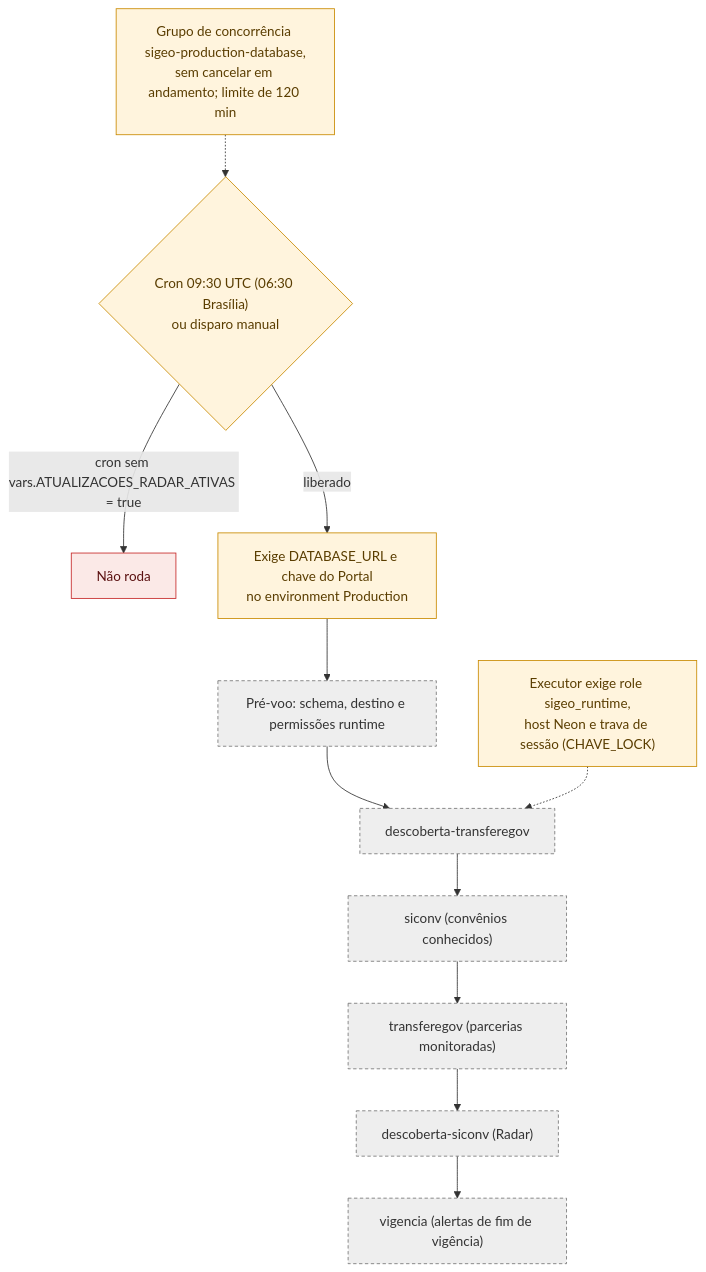
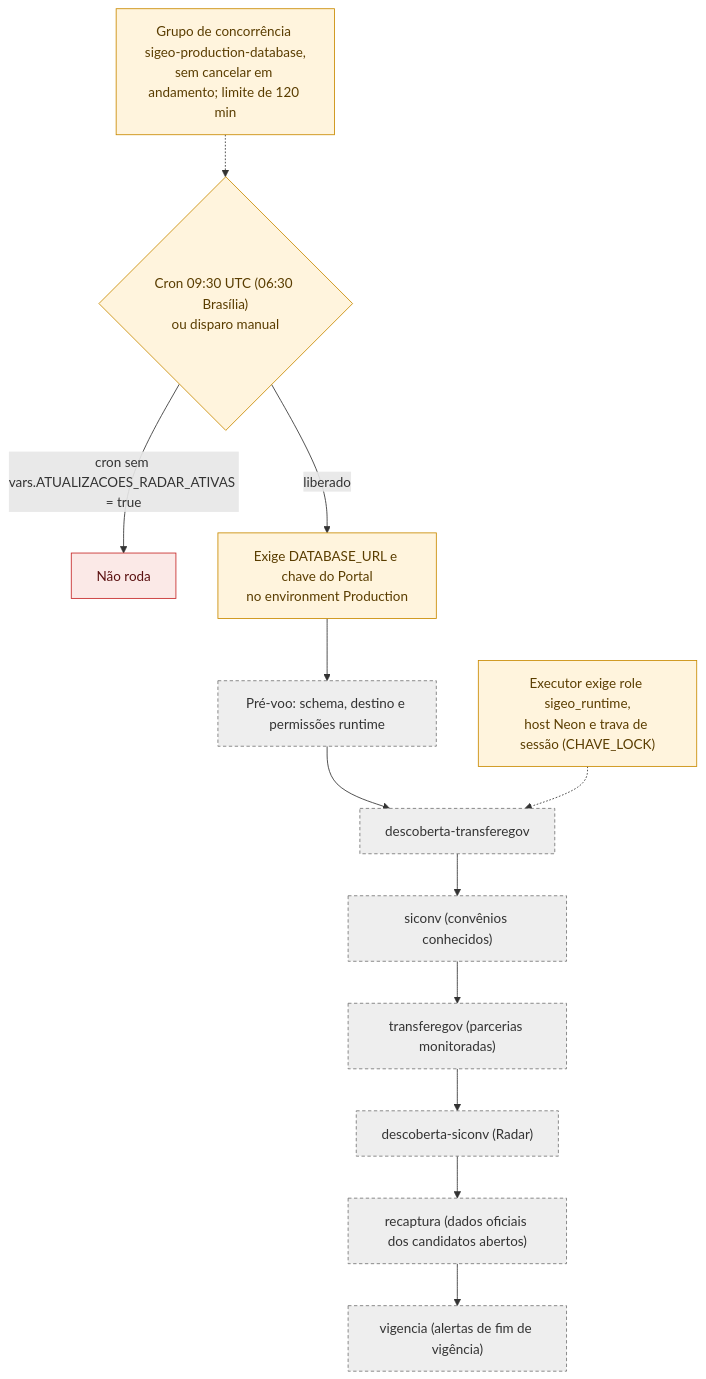
Diagram 12 of 21 in docs/mermaid/radar-instrumentos.md (devs-ministerio/par_equipamentos), drawn with Mermaid before and after one commit. The commit also changed other lines of this file and 6 other files, not shown here.

Commit message:
docs: corrige mapas Mermaid segundo a auditoria (Portal opcional, prova gravada, cardinalidades, rotas, jobs)

````diff
--- a/docs/mermaid/radar-instrumentos.md
+++ b/docs/mermaid/radar-instrumentos.md
@@ -297,17 +299,18 @@
 ```mermaid
 flowchart TB
     classDef job fill:#EEE,stroke:#777,color:#333,stroke-dasharray:4 3
     classDef regra fill:#FFF4DD,stroke:#C98A00,color:#5a3d00
     classDef erro fill:#FBE9E7,stroke:#C62828,color:#5a1010
 
     GATE{"Cron 09:30 UTC (06:30 Brasília)<br/>ou disparo manual"}:::regra -->|"cron sem vars.ATUALIZACOES_RADAR_ATIVAS = true"| PARA["Não roda"]:::erro
     GATE -->|"liberado"| CRED["Exige DATABASE_URL e chave do Portal<br/>no environment Production"]:::regra
     CRED --> PRE["Pré-voo: schema, destino e permissões runtime"]:::job
     PRE --> T1["descoberta-transferegov"]:::job
     T1 --> T2["siconv (convênios conhecidos)"]:::job
     T2 --> T3["transferegov (parcerias monitoradas)"]:::job
     T3 --> T4["descoberta-siconv (Radar)"]:::job
-    T4 --> T5["vigencia (alertas de fim de vigência)"]:::job
+    T4 --> T4B["recaptura (dados oficiais dos candidatos abertos)"]:::job
+    T4B --> T5["vigencia (alertas de fim de vigência)"]:::job
     EXE["Executor exige role sigeo_runtime,<br/>host Neon e trava de sessão (CHAVE_LOCK)"]:::regra -.-> T1
     CONC["Grupo de concorrência sigeo-production-database,<br/>sem cancelar em andamento; limite de 120 min"]:::regra -.-> GATE
 ```
````
